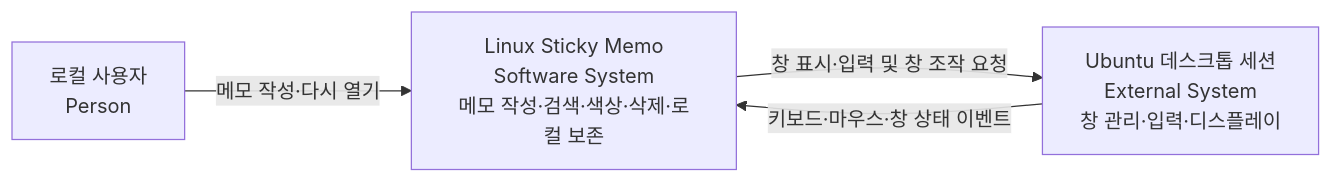
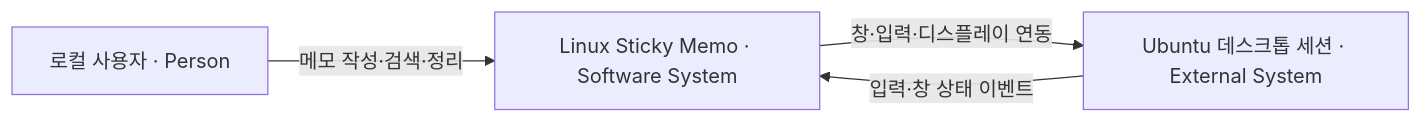
The diagram in architecture/01-context.md (pollux-o4/MemoIvy), drawn with Mermaid before and after one commit. The commit also changed other lines of this file and 44 other files, not shown here.

````diff
--- a/architecture/01-context.md
+++ b/architecture/01-context.md
@@ -7,9 +3,9 @@
 ```mermaid
 flowchart LR
-    person["로컬 사용자<br/>Person"]
-    memo["Linux Sticky Memo<br/>Software System<br/>메모 작성·검색·색상·삭제·로컬 보존"]
-    desktop["Ubuntu 데스크톱 세션<br/>External System<br/>창 관리·입력·디스플레이"]
-    person -->|메모 작성·다시 열기| memo
-    memo -->|창 표시·입력 및 창 조작 요청| desktop
-    desktop -->|키보드·마우스·창 상태 이벤트| memo
+    user["로컬 사용자 · Person"]
+    app["Linux Sticky Memo · Software System"]
+    desktop["Ubuntu 데스크톱 세션 · External System"]
+    user -->|메모 작성·검색·정리| app
+    app -->|창·입력·디스플레이 연동| desktop
+    desktop -->|입력·창 상태 이벤트| app
 ```
````
